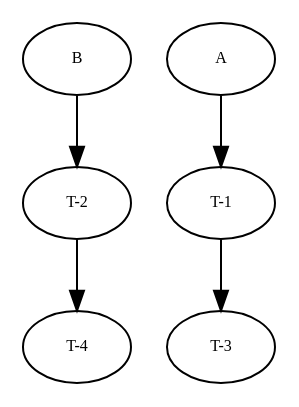
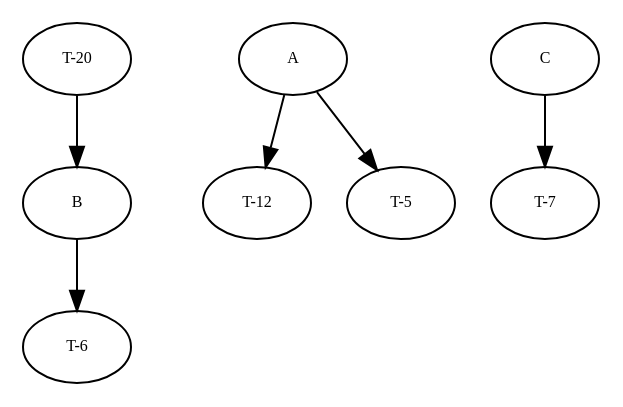
The diagram in graphs/dg.dot (amso100/livescript-declarations), drawn with Graphviz before and after one commit. The commit also changed 7 other files, not shown here.

```diff
--- a/graphs/dg.dot
+++ b/graphs/dg.dot
@@ -1,47 +1,61 @@
 digraph RGL__DirectedAdjacencyGraph {
-    "T-2" [
+    "T-20" [
         fontsize = 8,
-        label = "T-2"
-    ]
-
-    "T-4" [
-        fontsize = 8,
-        label = "T-4"
-    ]
-
-    "T-1" [
-        fontsize = 8,
-        label = "T-1"
-    ]
-
-    "T-3" [
-        fontsize = 8,
-        label = "T-3"
+        label = "T-20"
     ]
 
     B [
         fontsize = 8,
         label = B
     ]
 
     A [
         fontsize = 8,
         label = A
     ]
 
-    "T-2" -> "T-4" [
+    "T-12" [
+        fontsize = 8,
+        label = "T-12"
+    ]
+
+    C [
+        fontsize = 8,
+        label = C
+    ]
+
+    "T-7" [
+        fontsize = 8,
+        label = "T-7"
+    ]
+
+    "T-6" [
+        fontsize = 8,
+        label = "T-6"
+    ]
+
+    "T-5" [
+        fontsize = 8,
+        label = "T-5"
+    ]
+
+    "T-20" -> B [
         fontsize = 8
     ]
 
-    "T-1" -> "T-3" [
+    B -> "T-6" [
         fontsize = 8
     ]
 
-    B -> "T-2" [
+    A -> "T-12" [
         fontsize = 8
     ]
 
-    A -> "T-1" [
+    A -> "T-5" [
+        fontsize = 8
+    ]
+
+    C -> "T-7" [
         fontsize = 8
     ]
 }
```
